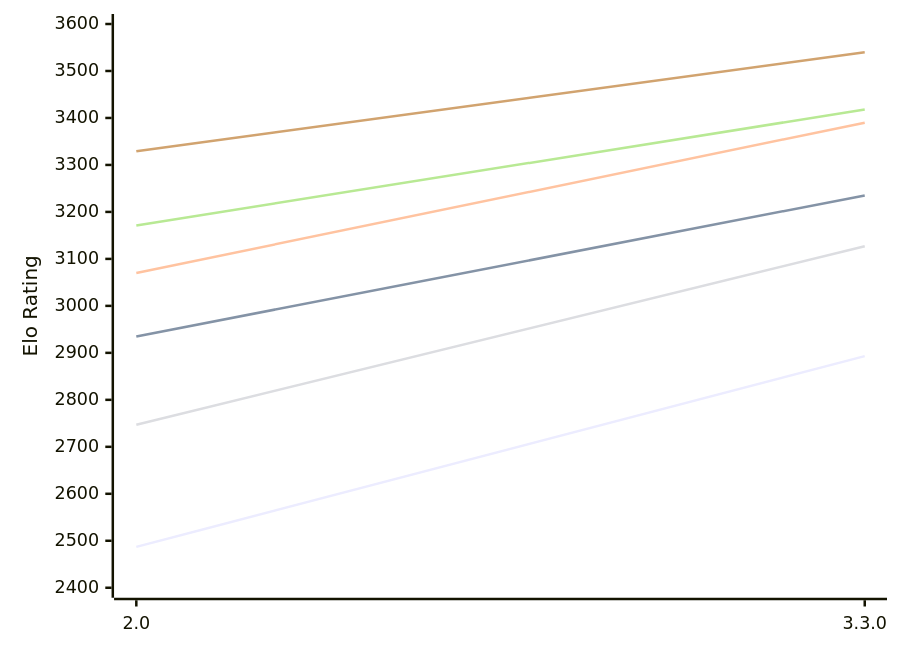
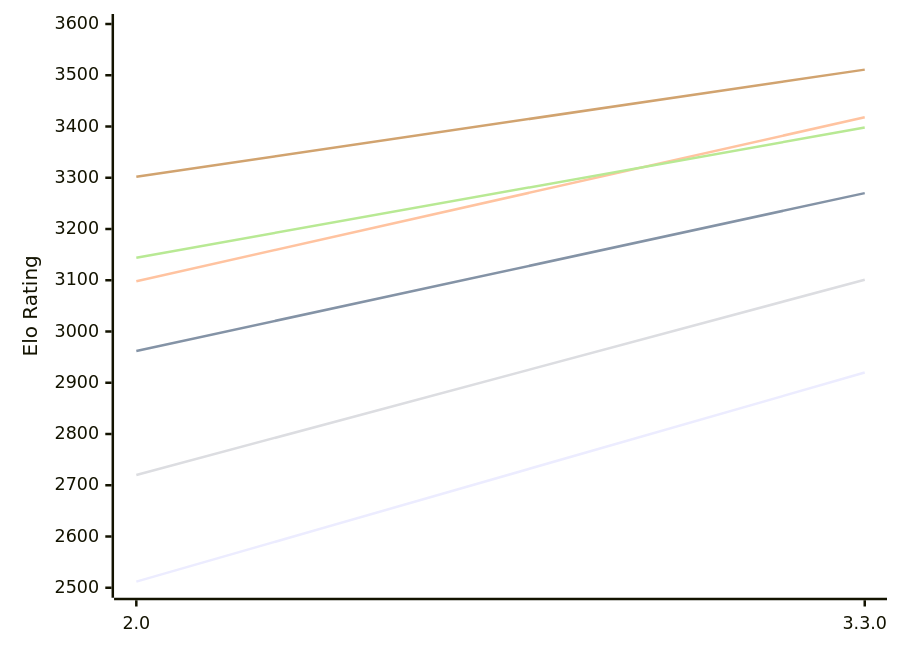
The diagram in engines/Ravager.md (computer-chess-index/cci), drawn with Mermaid before and after one commit. The commit also changed other lines of this file, not shown here.

Commit message:
Update CCI Ratings (ELO VLTC) - 2026-10-19

````diff
--- a/engines/Ravager.md
+++ b/engines/Ravager.md
@@ -49,12 +49,12 @@
 ```mermaid
 %%{init: {"theme":"base","themeVariables":{"seriesColors:['#a3a3a3','#222221','#faa371']}}}%%
 xychart-beta
   x-axis ["2.0", "3.3.0"]
-  y-axis "Elo Rating" 2400 --> 3600
-  line "E1: STC (8.0+0.08s)" [2487, 2893]
-  line "E1: LTC (60.0+0.60s)" [2935, 3235]
-  line "E1: VLTC (2m24s+1.12s)" [3070, 3390]
-  line "P1: STC (8.0+0.08s)" [2747, 3127]
-  line "P1: LTC (60.0+0.60s)" [3171, 3418]
-  line "P1: VLTC (2m24s+1.12s)" [3329, 3540]
+  y-axis "Elo Rating" 2500 --> 3600
+  line "E1: STC (8.0+0.08s)" [2512, 2920]
+  line "E1: LTC (60.0+0.60s)" [2962, 3270]
+  line "E1: VLTC (2m24s+1.12s)" [3098, 3418]
+  line "P1: STC (8.0+0.08s)" [2720, 3101]
+  line "P1: LTC (60.0+0.60s)" [3144, 3398]
+  line "P1: VLTC (2m24s+1.12s)" [3302, 3511]
 ```
````
